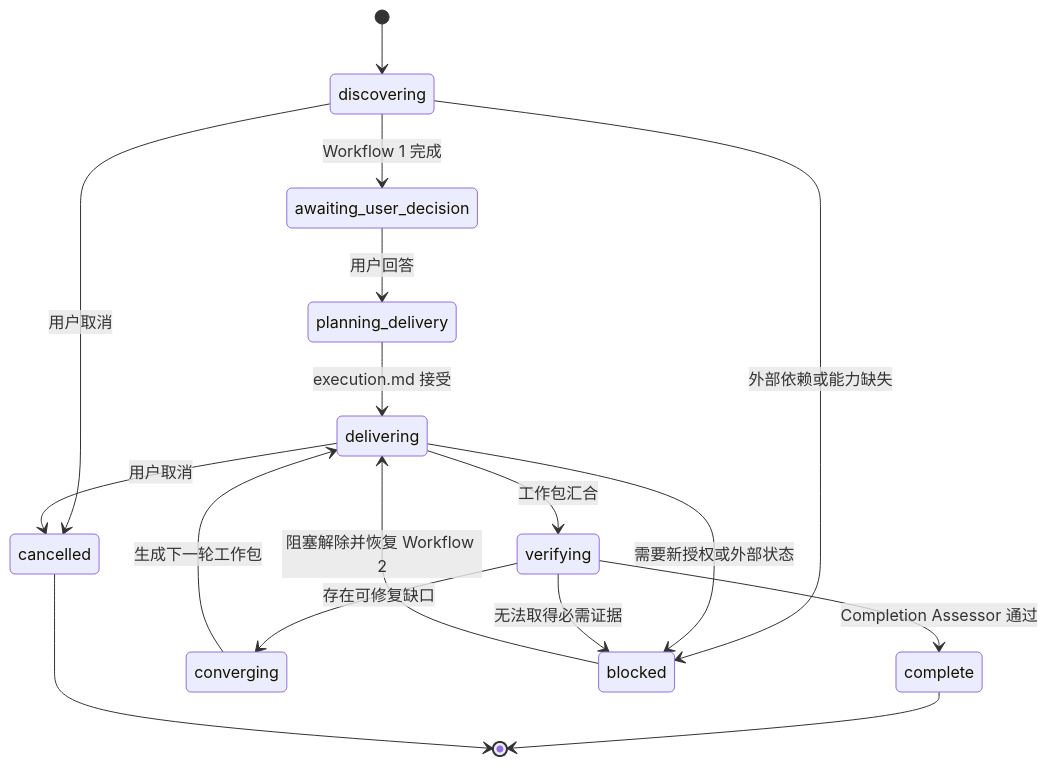
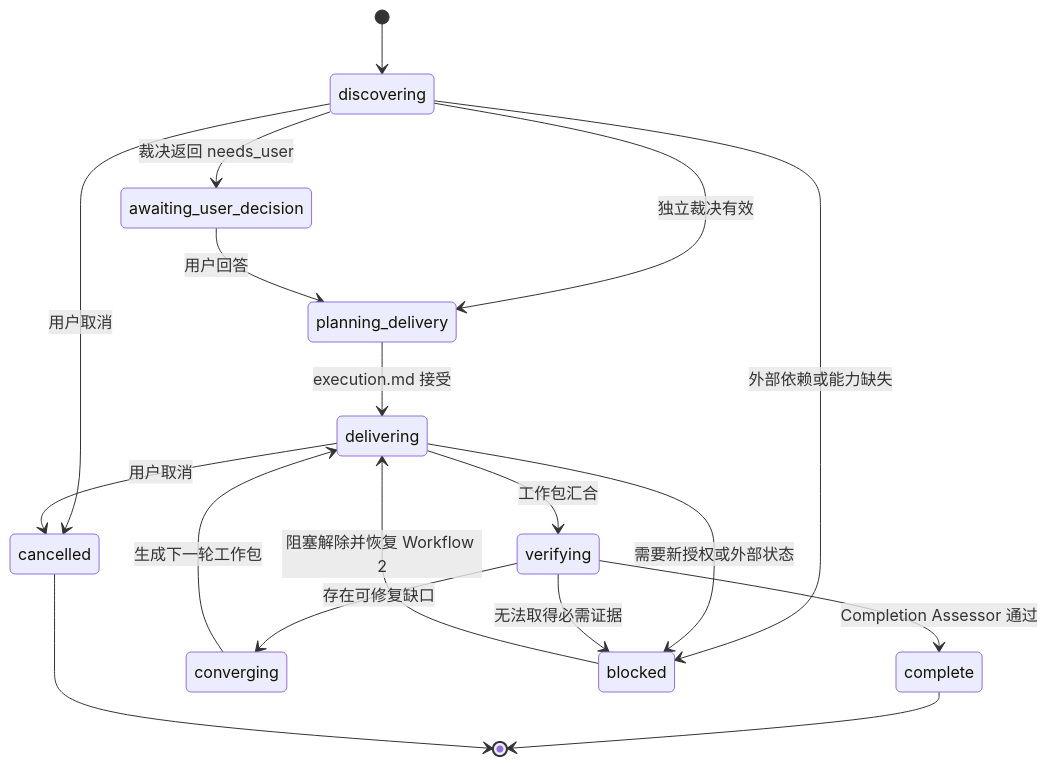
Before and after one commit to KonghaYao/peri: the first of 2 diagrams in docs/design/ultra-adlc.md, drawn with Mermaid. The commit also changed other lines of this file and 24 other files, not shown here.

````diff
--- a/docs/design/ultra-adlc.md
+++ b/docs/design/ultra-adlc.md
@@ -368,19 +416,20 @@
 ```mermaid
 stateDiagram-v2
     [*] --> discovering
-    discovering --> awaiting_user_decision: Workflow 1 完成
+    discovering --> planning_delivery: 独立裁决有效
+    discovering --> awaiting_user_decision: 裁决返回 needs_user
     awaiting_user_decision --> planning_delivery: 用户回答
     planning_delivery --> delivering: execution.md 接受
     delivering --> verifying: 工作包汇合
     verifying --> complete: Completion Assessor 通过
     verifying --> converging: 存在可修复缺口
     converging --> delivering: 生成下一轮工作包
     discovering --> blocked: 外部依赖或能力缺失
     delivering --> blocked: 需要新授权或外部状态
     verifying --> blocked: 无法取得必需证据
     blocked --> delivering: 阻塞解除并恢复 Workflow 2
     discovering --> cancelled: 用户取消
     delivering --> cancelled: 用户取消
     complete --> [*]
     cancelled --> [*]
 ```
````
